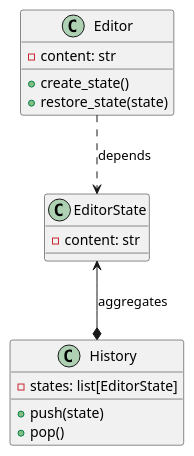
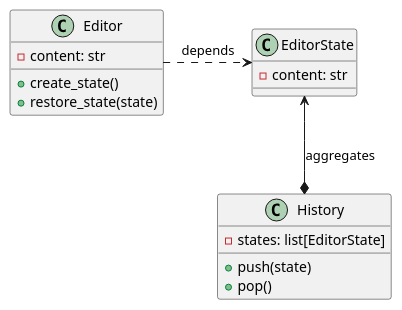
The diagram in design-patterns/behavioral/uml/designpatterns-memento-problem.md (mateuszdorobek/python3.info), drawn with PlantUML before and after one commit. The commit also changed 3 other files, not shown here.

````diff
--- a/design-patterns/behavioral/uml/designpatterns-memento-problem.md
+++ b/design-patterns/behavioral/uml/designpatterns-memento-problem.md
@@ -1,22 +1,22 @@
 ```plantuml
 
 class Editor {
     - content: str
     + create_state()
     + restore_state(state)
 }
 
 class EditorState {
     - content: str
 }
 
 class History {
     - states: list[EditorState]
     + push(state)
     + pop()
 }
 
-EditorState <--* History : aggregates
-Editor ..> EditorState : depends
+EditorState <-down[plain]-* History : aggregates
+Editor -right[dashed]-> EditorState : depends
 
 ```
````
